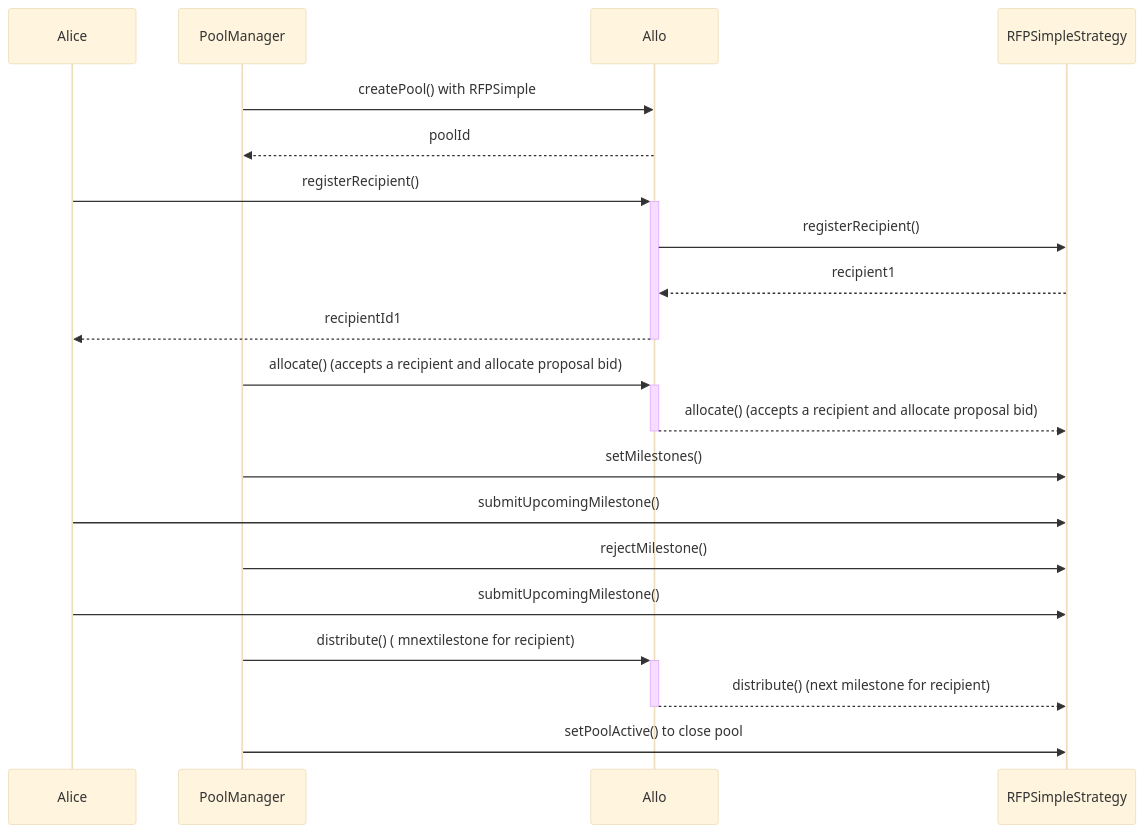
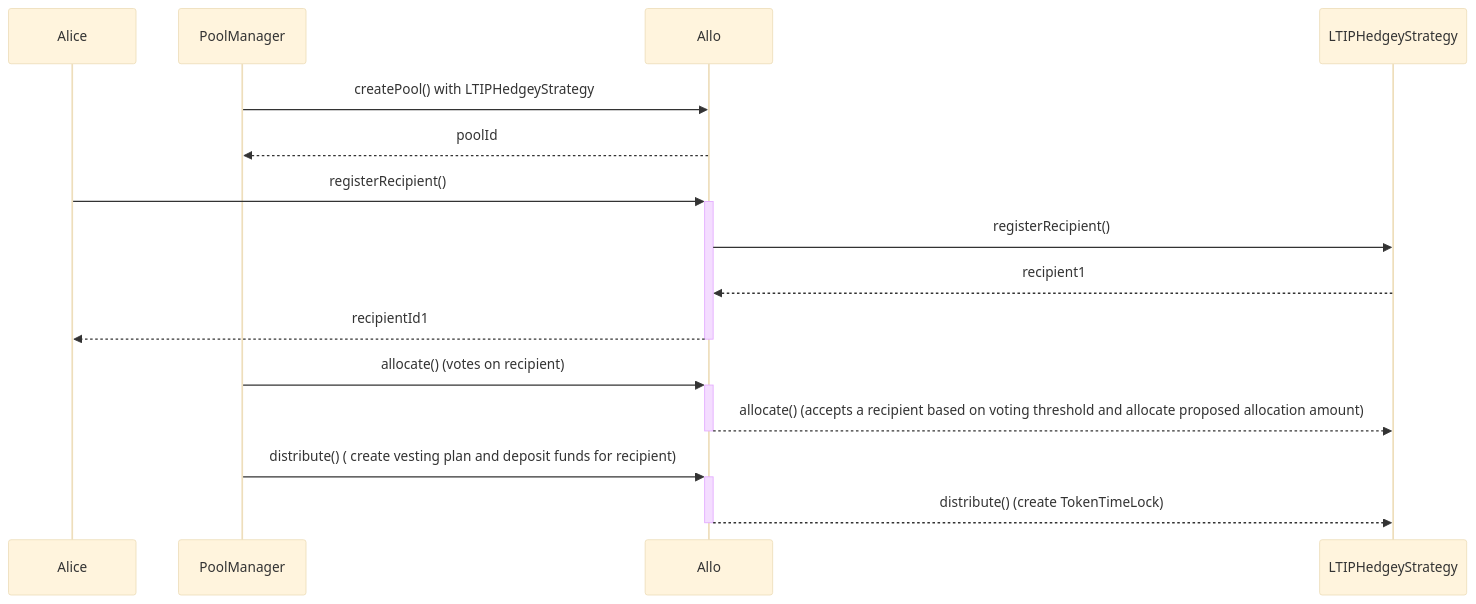
Before and after one commit to allo-protocol/allo-v2: the diagram in contracts/strategies/ltip-hedgey/README.md, drawn with Mermaid (base theme). The commit also changed other lines of this file and 5 other files, not shown here.

````diff
--- a/contracts/strategies/ltip-hedgey/README.md
+++ b/contracts/strategies/ltip-hedgey/README.md
@@ -33,23 +33,18 @@
 ```mermaid
 sequenceDiagram
     participant Alice
     participant PoolManager
     participant Allo
-    participant RFPSimpleStrategy
+    participant LTIPHedgeyStrategy
 
-    PoolManager->>Allo: createPool() with RFPSimple
+    PoolManager->>Allo: createPool() with LTIPHedgeyStrategy
     Allo-->>PoolManager: poolId
     Alice->>+Allo: registerRecipient()
-    Allo->>RFPSimpleStrategy: registerRecipient()
-    RFPSimpleStrategy-->>Allo: recipient1
+    Allo->>LTIPHedgeyStrategy: registerRecipient()
+    LTIPHedgeyStrategy-->>Allo: recipient1
     Allo-->>-Alice: recipientId1
-    PoolManager->>+Allo: allocate() (accepts a recipient and allocate proposal bid)
-    Allo-->>-RFPSimpleStrategy: allocate() (accepts a recipient and allocate proposal bid)
-    PoolManager->> RFPSimpleStrategy: setMilestones()
-    Alice->> RFPSimpleStrategy: submitUpcomingMilestone()
-    PoolManager->> RFPSimpleStrategy: rejectMilestone()
-    Alice->> RFPSimpleStrategy: submitUpcomingMilestone()
-    PoolManager->>+Allo: distribute() ( mnextilestone for recipient)
-    Allo-->>-RFPSimpleStrategy: distribute() (next milestone for recipient)
-    PoolManager->>RFPSimpleStrategy: setPoolActive() to close pool
+    PoolManager->>+Allo: allocate() (votes on recipient)
+    Allo-->>-LTIPHedgeyStrategy: allocate() (accepts a recipient based on voting threshold and allocate proposed allocation amount)
+    PoolManager->>+Allo: distribute() ( create vesting plan and deposit funds for recipient)
+    Allo-->>-LTIPHedgeyStrategy: distribute() (create TokenTimeLock)
 ```
````
